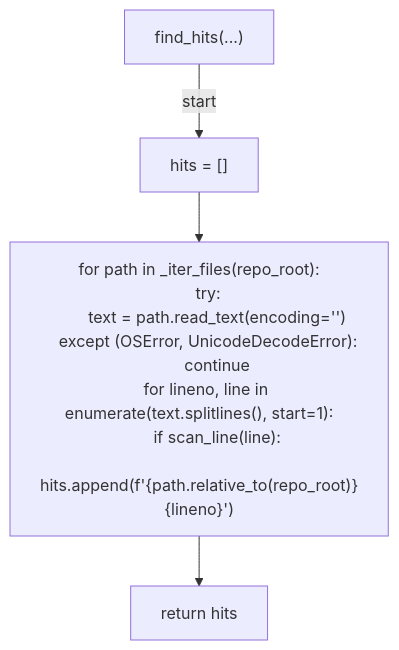
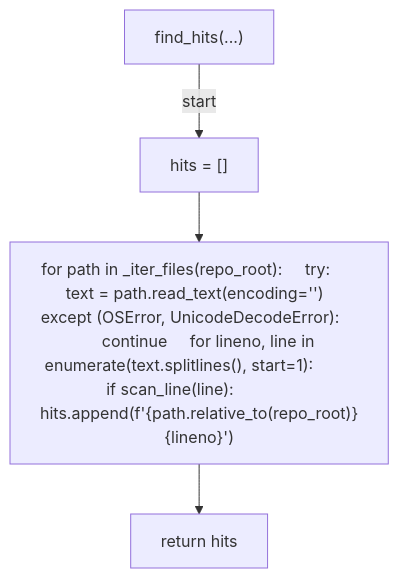
Before and after one commit to tvna/claude-md: the third of 6 diagrams in docs/generated/scripts/ast/scan_compile_from_source.md, drawn with Mermaid. The commit also changed other lines of this file and 29 other files, not shown here.

First line of the commit message:
docs(generated): regenerate decision tree and workflow diagrams (batch 3/5)

````diff
--- a/docs/generated/scripts/ast/scan_compile_from_source.md
+++ b/docs/generated/scripts/ast/scan_compile_from_source.md
@@ -41,17 +35,10 @@
 ```mermaid
 flowchart TD
     N001["find_hits(...)"]
     N002["hits = []"]
-    N003["for path in _iter_files(repo_root):
-    try:
-        text = path.read_text(encoding='<str>')
-    except (OSError, UnicodeDecodeError):
-        continue
-    for lineno, line in enumerate(text.splitlines(), start=1):
-        if scan_line(line):
-            hits.append(f'{path.relative_to(repo_root)}<str>{lineno}')"]
+    N003["for path in _iter_files(repo_root):     try:         text = path.read_text(encoding='<str>')     except (OSError, UnicodeDecodeError):         continue     for lineno, line in enumerate(text.splitlines(), start=1):         if scan_line(line):             hits.append(f'{path.relative_to(repo_root)}<str>{lineno}')"]
     N004["return hits"]
     N001 -->|"start"| N002
     N002 --> N003
     N003 --> N004
 ```
````
